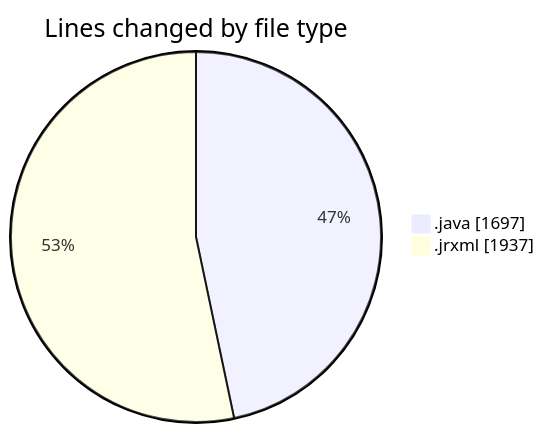
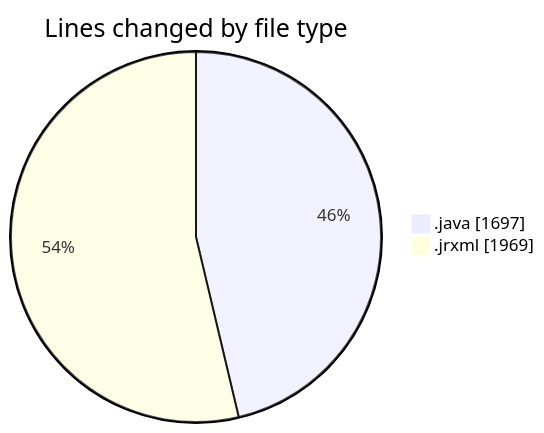
One commit to ricardozamudiocil/code-tracking changed the first of 2 diagrams in 2026-09-30/cilreports__workspace_/README.md. Above: the diagram before and after it, drawn with Mermaid. The commit also changed other lines of this file and 1 other file, not shown here.

````diff
--- a/2026-09-30/cilreports__workspace_/README.md
+++ b/2026-09-30/cilreports__workspace_/README.md
@@ -24,6 +25,6 @@
 ```mermaid
 pie showData
 title Lines changed by file type
 ".java" : 1697
-".jrxml" : 1937
+".jrxml" : 1969
 ```
````
